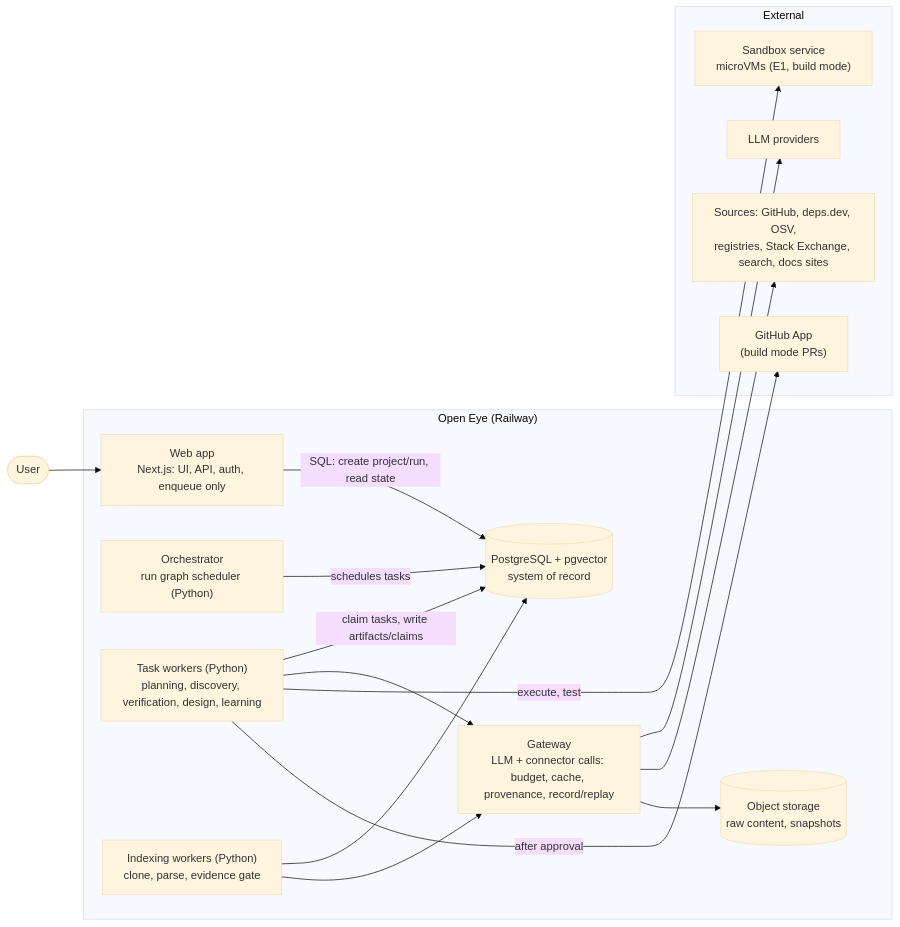
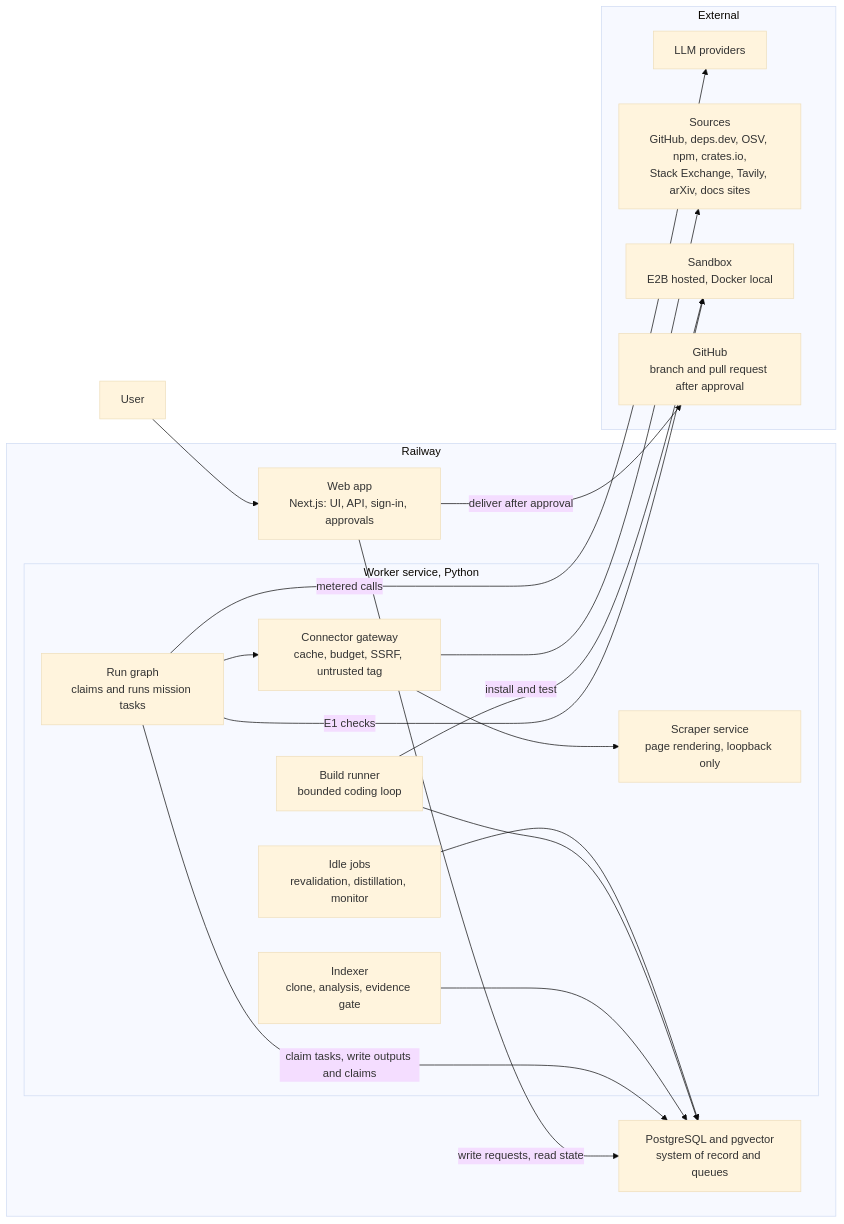
Before and after one commit to priteshvirat24/repo-intelligence: the first of 3 diagrams in docs/SYSTEM_DESIGN.md, drawn with Mermaid (base theme). The commit also changed other lines of this file and 10 other files, not shown here.

First line of the commit message:
docs: product definition v2.0 and the planning artifacts for the autonomous end state

````diff
--- a/docs/SYSTEM_DESIGN.md
+++ b/docs/SYSTEM_DESIGN.md
@@ -42,33 +48,35 @@
 ```mermaid
 flowchart LR
-    U(["User"]) --> WEB
-
-    subgraph App["Open Eye (Railway)"]
-        WEB["Web app<br/>Next.js: UI, API, auth, enqueue only"]
-        ORCH["Orchestrator<br/>run graph scheduler (Python)"]
-        WK["Task workers (Python)<br/>planning, discovery, verification, design, learning"]
-        IDX["Indexing workers (Python)<br/>clone, parse, evidence gate"]
-        GW["Gateway<br/>LLM + connector calls: budget, cache, provenance, record/replay"]
-        DB[("PostgreSQL + pgvector<br/>system of record")]
-        OBJ[("Object storage<br/>raw content, snapshots")]
+    U["User"]
+    subgraph RW["Railway"]
+        WEB["Web app<br>Next.js: UI, API, sign-in, approvals"]
+        DB["PostgreSQL and pgvector<br>system of record and queues"]
+        subgraph WK["Worker service, Python"]
+            IDX["Indexer<br>clone, analysis, evidence gate"]
+            RG["Run graph<br>claims and runs mission tasks"]
+            BLD["Build runner<br>bounded coding loop"]
+            IDLE["Idle jobs<br>revalidation, distillation, monitor"]
+            GW["Connector gateway<br>cache, budget, SSRF, untrusted tag"]
+            SCR["Scraper service<br>page rendering, loopback only"]
+        end
     end
-
-    subgraph Ext["External"]
+    subgraph EXT["External"]
         LLM["LLM providers"]
-        SRC["Sources: GitHub, deps.dev, OSV,<br/>registries, Stack Exchange, search, docs sites"]
-        SBX["Sandbox service<br/>microVMs (E1, build mode)"]
-        GHAPP["GitHub App<br/>(build mode PRs)"]
+        SRC["Sources<br>GitHub, deps.dev, OSV, npm, crates.io,<br>Stack Exchange, Tavily, arXiv, docs sites"]
+        SBX["Sandbox<br>E2B hosted, Docker local"]
+        GH["GitHub<br>branch and pull request after approval"]
     end
-
-    WEB -->|"SQL: create project/run, read state"| DB
-    ORCH -->|"schedules tasks"| DB
-    WK -->|"claim tasks, write artifacts/claims"| DB
+    U --> WEB
+    WEB -->|"write requests, read state"| DB
+    RG -->|"claim tasks, write outputs and claims"| DB
     IDX --> DB
-    WK --> GW
-    IDX --> GW
-    GW --> LLM
+    BLD --> DB
+    IDLE --> DB
+    RG --> GW
     GW --> SRC
-    GW --> OBJ
-    WK -->|"execute, test"| SBX
-    WK -->|"after approval"| GHAPP
+    GW --> SCR
+    RG -->|"metered calls"| LLM
+    RG -->|"E1 checks"| SBX
+    BLD -->|"install and test"| SBX
+    WEB -->|"deliver after approval"| GH
 ```
````
